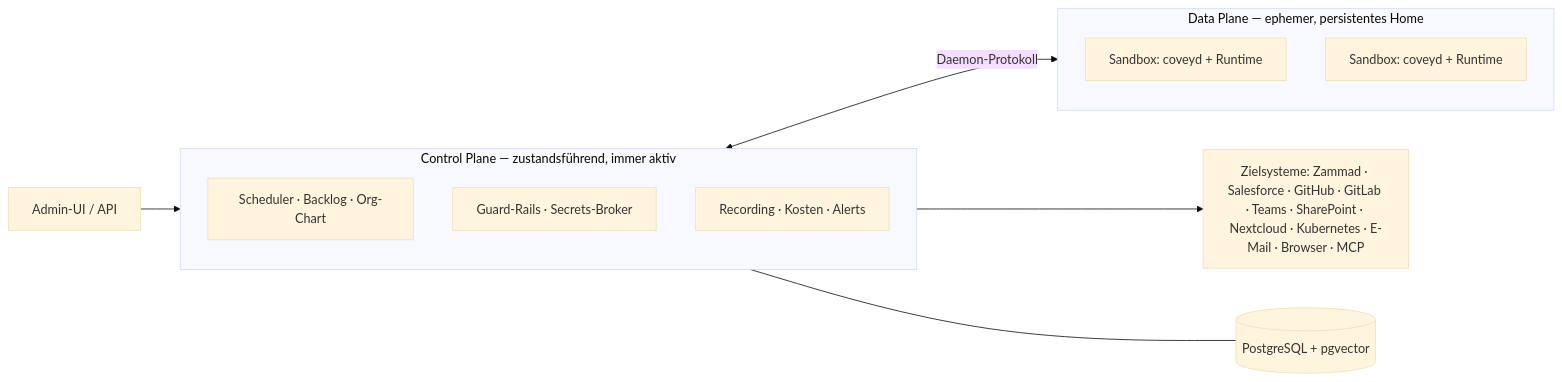
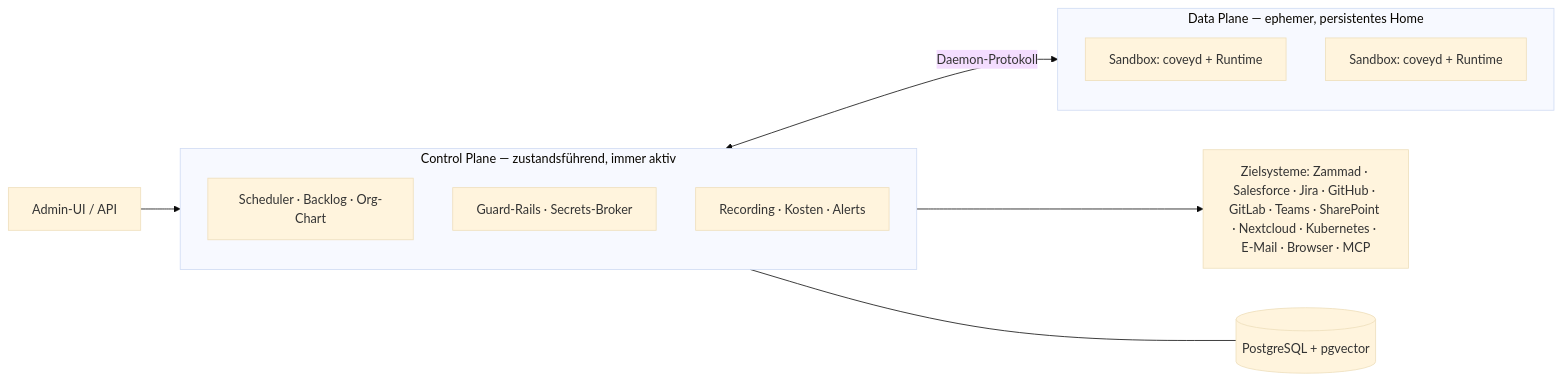
The diagram in README.de.md (benjaminLedel/covey), drawn with Mermaid (base theme) before and after one commit. The commit also changed other lines of this file and 10 other files, not shown here.

````diff
--- a/README.de.md
+++ b/README.de.md
@@ -110,21 +110,21 @@
 ```mermaid
 flowchart LR
     UI["Admin-UI / API"] --> CP
 
     subgraph CP["Control Plane — zustandsführend, immer aktiv"]
         direction TB
         SCHED["Scheduler · Backlog · Org-Chart"]
         GUARD["Guard-Rails · Secrets-Broker"]
         OBS["Recording · Kosten · Alerts"]
     end
 
     subgraph DP["Data Plane — ephemer, persistentes Home"]
         direction TB
         S1["Sandbox: coveyd + Runtime"]
         S2["Sandbox: coveyd + Runtime"]
     end
 
     CP <-->|Daemon-Protokoll| DP
-    CP --> TS["Zielsysteme: Zammad · Salesforce · GitHub · GitLab · Teams · SharePoint · Nextcloud · Kubernetes · E-Mail · Browser · MCP"]
+    CP --> TS["Zielsysteme: Zammad · Salesforce · Jira · GitHub · GitLab · Teams · SharePoint · Nextcloud · Kubernetes · E-Mail · Browser · MCP"]
     CP --- DB[("PostgreSQL + pgvector")]
 ```
````
